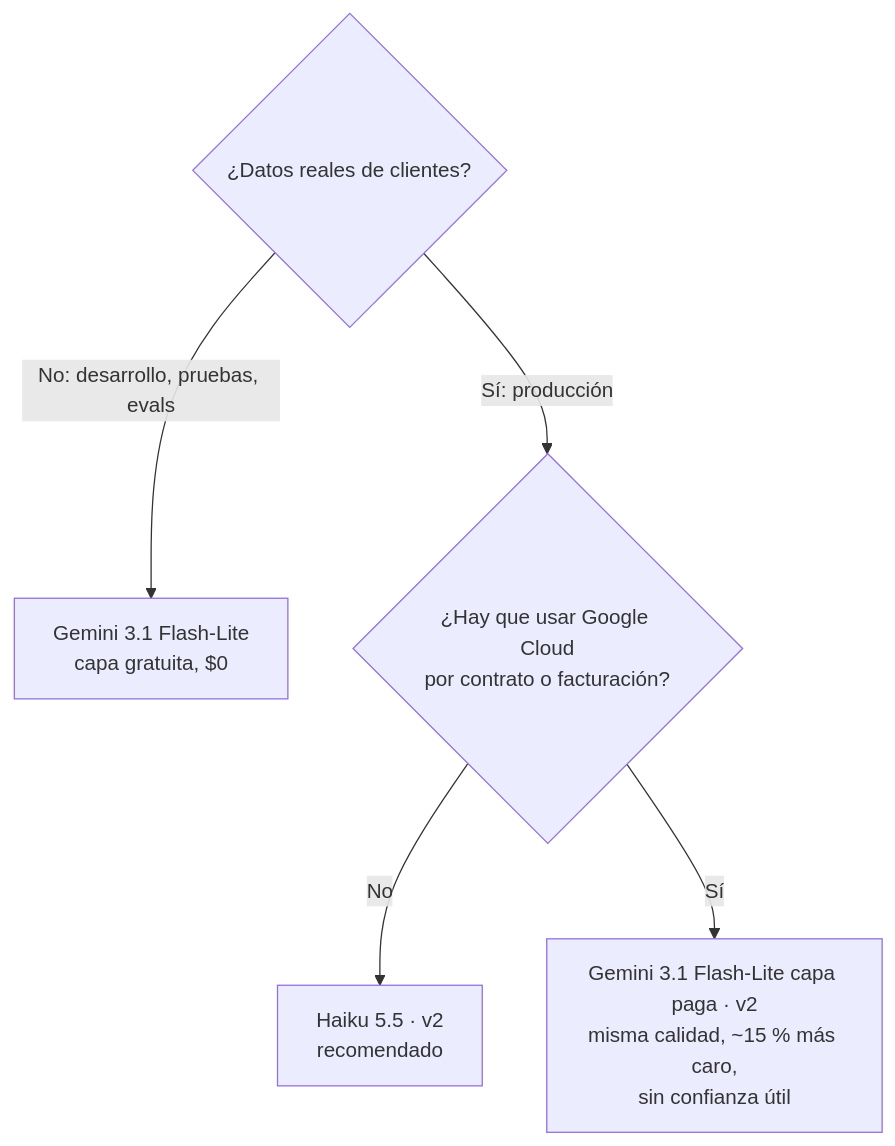
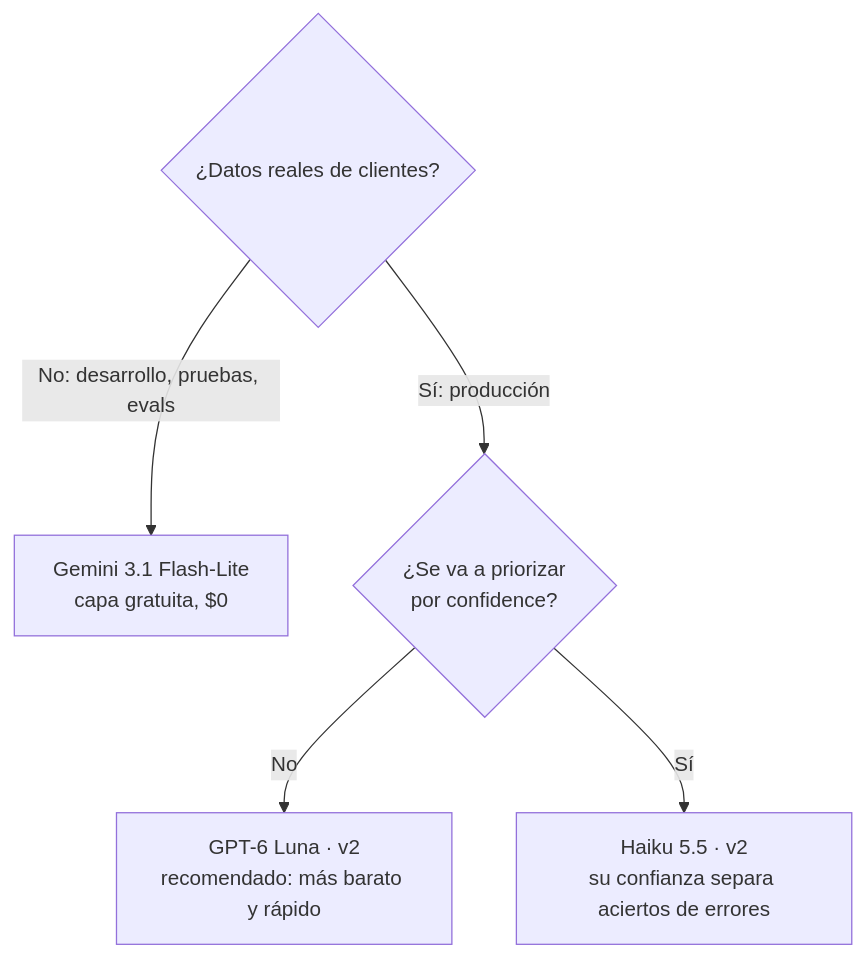
One commit to bryan-delacruz/nubbix-triage changed the third of 3 diagrams in README.md. Above: the diagram before and after it, drawn with Mermaid. The commit also changed other lines of this file and 7 other files, not shown here.

````diff
--- a/README.md
+++ b/README.md
@@ -168,7 +204,7 @@
 ```mermaid
 flowchart TD
     A{¿Datos reales de clientes?} -- No: desarrollo, pruebas, evals --> G[Gemini 3.1 Flash-Lite<br/>capa gratuita, $0]
-    A -- Sí: producción --> B{¿Hay que usar Google Cloud<br/>por contrato o facturación?}
-    B -- No --> H[Haiku 5.5 · v2<br/>recomendado]
-    B -- Sí --> GP[Gemini 3.1 Flash-Lite capa paga · v2<br/>misma calidad, ~15 % más caro,<br/>sin confianza útil]
+    A -- Sí: producción --> B{¿Se va a priorizar<br/>por confidence?}
+    B -- No --> O[GPT-6 Luna · v2<br/>recomendado: más barato y rápido]
+    B -- Sí --> H[Haiku 5.5 · v2<br/>su confianza separa aciertos de errores]
 ```
````
